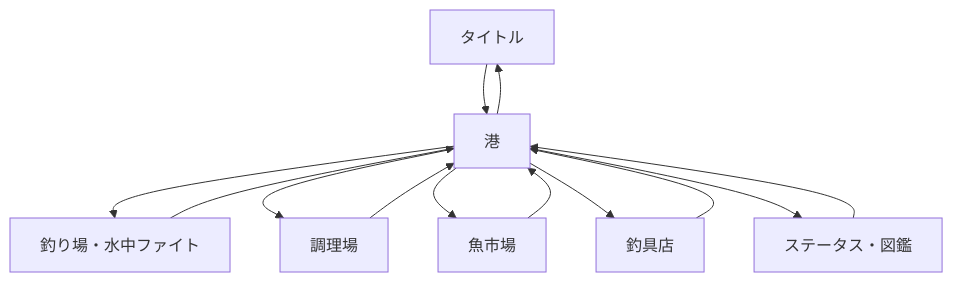
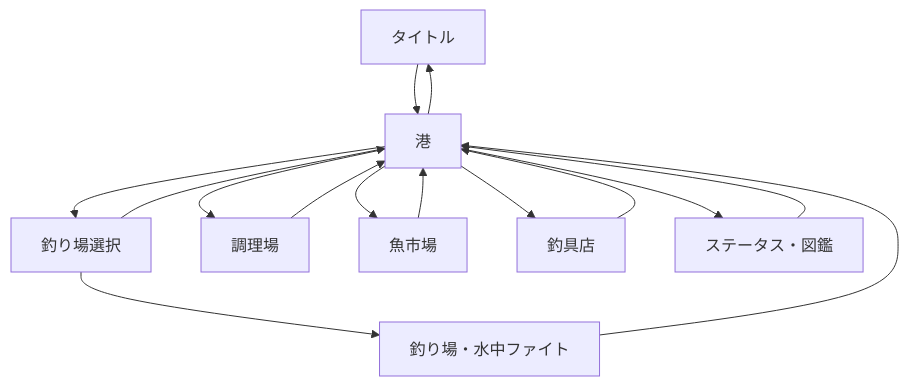
The diagram in docs/03_画面遷移とUI.md (RYUKOU-OKUMURA/tsuri_quest_umi_mvp), drawn with Mermaid before and after one commit. The commit also changed other lines of this file and 12 other files, not shown here.

````diff
--- a/docs/03_画面遷移とUI.md
+++ b/docs/03_画面遷移とUI.md
@@ -5,15 +5,17 @@
 ```mermaid
 flowchart TD
     T[タイトル] --> H[港]
-    H --> F[釣り場・水中ファイト]
+    H --> P[釣り場選択]
+    P --> F[釣り場・水中ファイト]
+    P --> H
     F --> H
     H --> C[調理場]
     C --> H
     H --> M[魚市場]
     M --> H
     H --> S[釣具店]
     S --> H
     H --> B[ステータス・図鑑]
     B --> H
     H --> T
 ```
````
